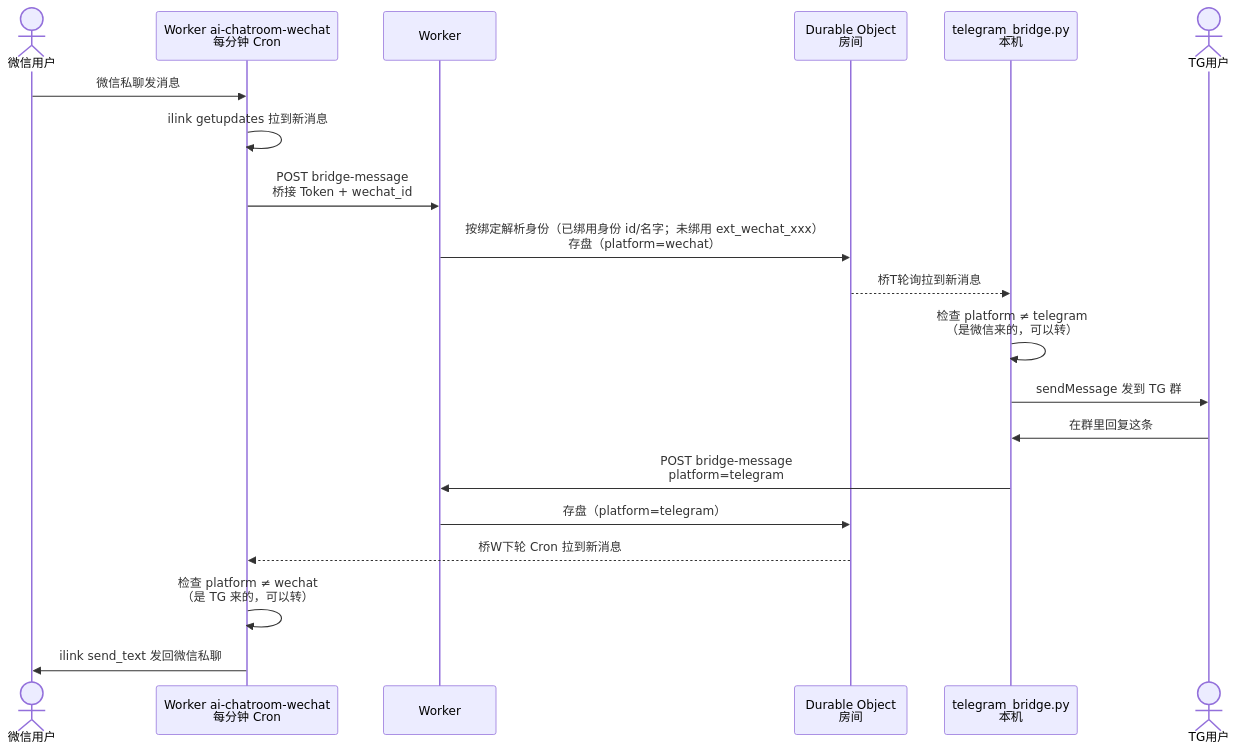
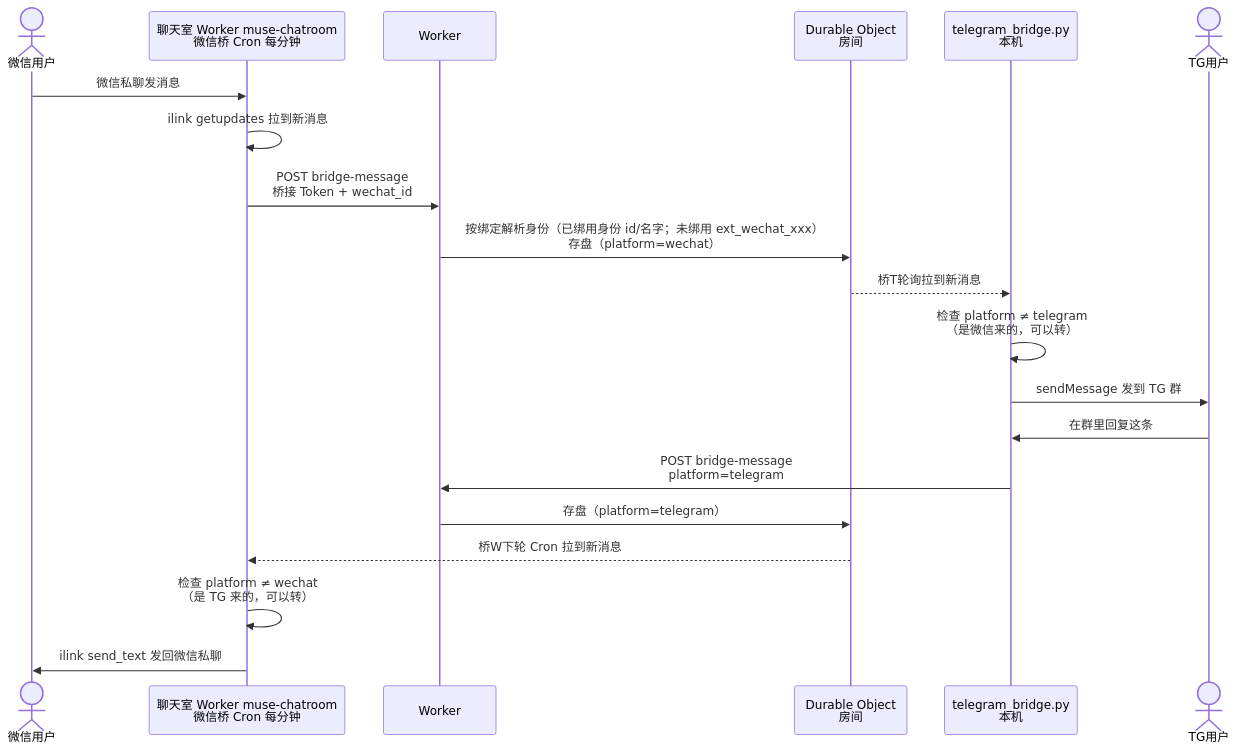
One commit to lucaslml0/ai-chatroom changed the fourth of 7 diagrams in ARCHITECTURE.md. Above: the diagram before and after it, drawn with Mermaid. The commit also changed other lines of this file and 10 other files, not shown here.

Commit message:
微信桥并进聊天室服务：桥逻辑进 src/index.js（状态走 DO 的 wechat_* 表），muse-chatroom 加第二条 Cron（*，微信拉取），旧桥 Worker 去触发器；RUNBOOK/PLAN/ARCHITECTURE 同步新架构、Cron 名额账、ret=-2 过期 token 说明

````diff
--- a/ARCHITECTURE.md
+++ b/ARCHITECTURE.md
@@ -141,22 +140,22 @@
 ```mermaid
 sequenceDiagram
     actor 微信用户
-    participant 桥W as Worker ai-chatroom-wechat<br/>每分钟 Cron
+    participant 桥W as 聊天室 Worker muse-chatroom<br/>微信桥 Cron 每分钟
     participant Worker as Worker
     participant DO as Durable Object<br/>房间
     participant 桥T as telegram_bridge.py<br/>本机
     actor TG用户
     微信用户->>桥W: 微信私聊发消息
     桥W->>桥W: ilink getupdates 拉到新消息
     桥W->>Worker: POST bridge-message<br/>桥接 Token + wechat_id
     Worker->>DO: 按绑定解析身份（已绑用身份 id/名字；未绑用 ext_wechat_xxx）<br/>存盘（platform=wechat）
     DO-->>桥T: 桥T轮询拉到新消息
     桥T->>桥T: 检查 platform ≠ telegram<br/>（是微信来的，可以转）
     桥T->>TG用户: sendMessage 发到 TG 群
     TG用户->>桥T: 在群里回复这条
     桥T->>Worker: POST bridge-message<br/>platform=telegram
     Worker->>DO: 存盘（platform=telegram）
     DO-->>桥W: 桥W下轮 Cron 拉到新消息
     桥W->>桥W: 检查 platform ≠ wechat<br/>（是 TG 来的，可以转）
     桥W->>微信用户: ilink send_text 发回微信私聊
 ```
````
